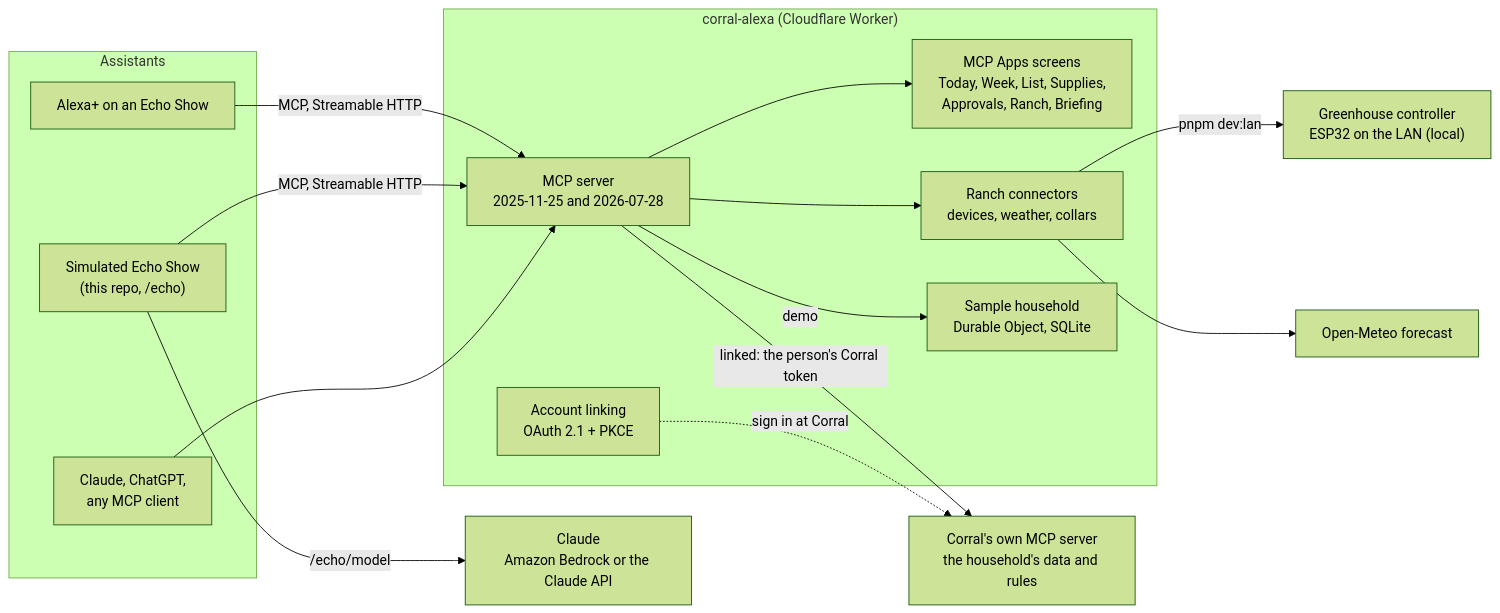
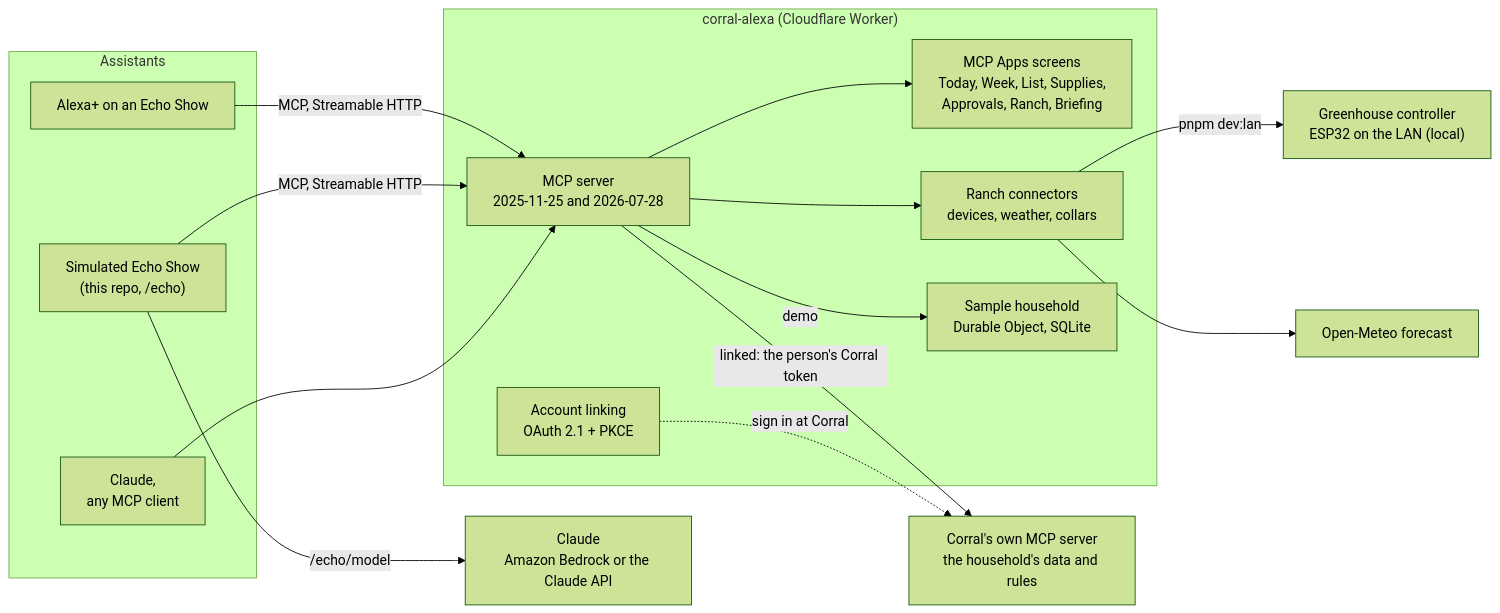
Before and after one commit to NMooreCo/corral-alexa: the diagram in README.md, drawn with Mermaid (forest theme). The commit also changed other lines of this file, not shown here.

Commit message:
The README claims Claude, where the server was tried as a custom connector and rendered its screens, instead of an untried ChatGPT

````diff
--- a/README.md
+++ b/README.md
@@ -40,30 +40,30 @@
 ```mermaid
 flowchart LR
   subgraph Assistants
     A["Alexa+ on an Echo Show"]
     S["Simulated Echo Show<br/>(this repo, /echo)"]
-    O["Claude, ChatGPT,<br/>any MCP client"]
+    O["Claude,<br/>any MCP client"]
   end
   subgraph Bridge["corral-alexa (Cloudflare Worker)"]
     M["MCP server<br/>2025-11-25 and 2026-07-28"]
     U["MCP Apps screens<br/>Today, Week, List, Supplies,<br/>Approvals, Ranch, Briefing"]
     R["Ranch connectors<br/>devices, weather, collars"]
     L["Account linking<br/>OAuth 2.1 + PKCE"]
     P["Sample household<br/>Durable Object, SQLite"]
   end
   B["Claude<br/>Amazon Bedrock or the Claude API"]
   G["Greenhouse controller<br/>ESP32 on the LAN (local)"]
   W["Open-Meteo forecast"]
   C["Corral's own MCP server<br/>the household's data and rules"]
   A -- "MCP, Streamable HTTP" --> M
   S -- "MCP, Streamable HTTP" --> M
   O --> M
   S -- "/echo/model" --> B
   M --> U
   M -- "linked: the person's Corral token" --> C
   M -- "demo" --> P
   L -. "sign in at Corral" .-> C
   M --> R
   R -- "pnpm dev:lan" --> G
   R --> W
 ```
````
